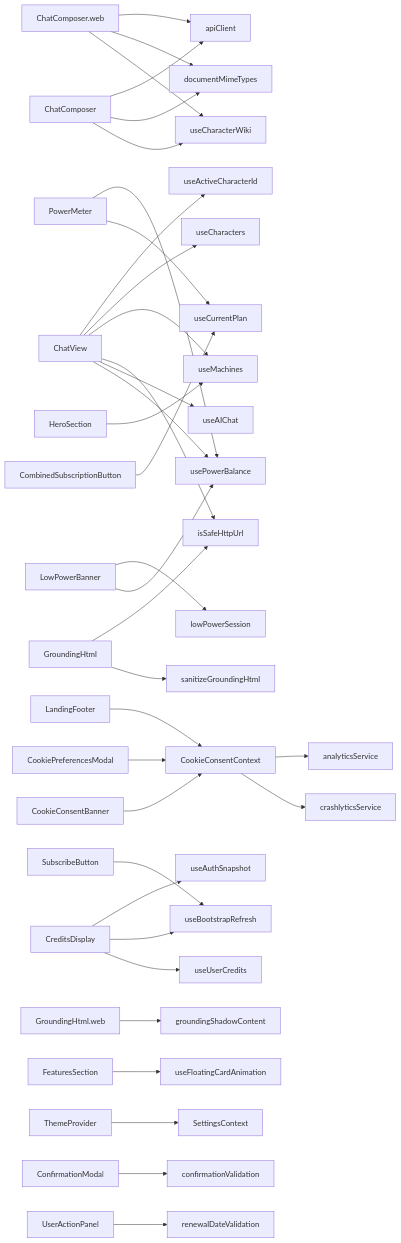
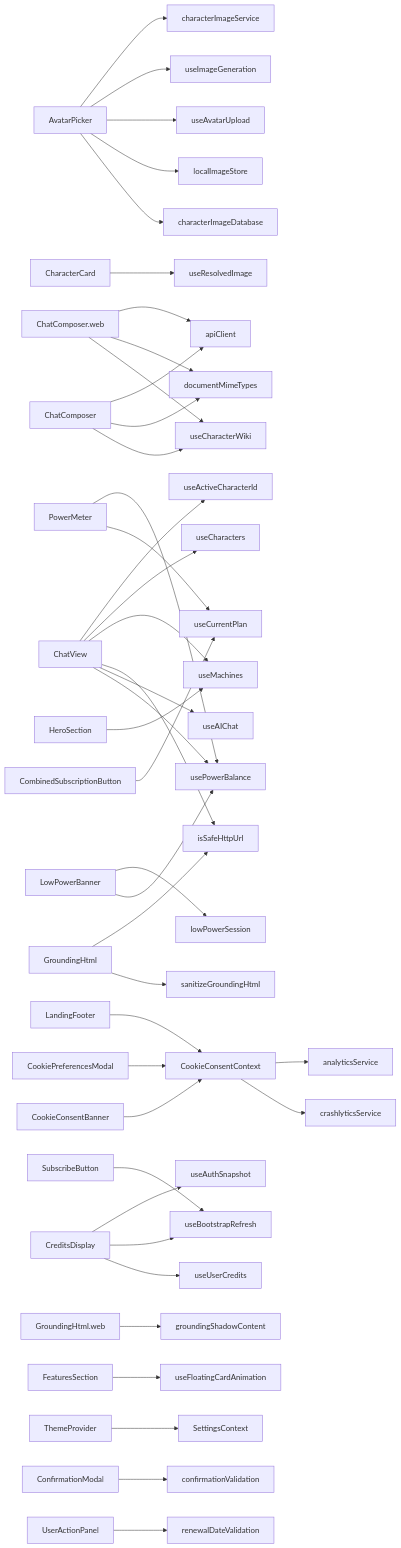
Before and after one commit to equationalapplications/clanker: the diagram in docs/flowcharts/COMPONENTS.md, drawn with Mermaid. The commit also changed 4 other files, not shown here.

Commit message:
docs: regenerate architecture flowcharts

````diff
--- a/docs/flowcharts/COMPONENTS.md
+++ b/docs/flowcharts/COMPONENTS.md
@@ -4,37 +4,43 @@
 ```mermaid
 graph LR
+  AvatarPicker --> characterImageDatabase
+  AvatarPicker --> localImageStore
+  AvatarPicker --> useAvatarUpload
+  AvatarPicker --> useImageGeneration
+  AvatarPicker --> characterImageService
+  CharacterCard --> useResolvedImage
   ChatComposer --> useCharacterWiki
   ChatComposer --> documentMimeTypes
   ChatComposer --> apiClient
   ChatComposer.web --> useCharacterWiki
   ChatComposer.web --> documentMimeTypes
   ChatComposer.web --> apiClient
   ChatView --> usePowerBalance
   ChatView --> useAIChat
   ChatView --> isSafeHttpUrl
   ChatView --> useMachines
   ChatView --> useCharacters
   ChatView --> useActiveCharacterId
   CombinedSubscriptionButton --> useCurrentPlan
   CookieConsentBanner --> CookieConsentContext
   CookieConsentContext --> crashlyticsService
   CookieConsentContext --> analyticsService
   CookiePreferencesModal --> CookieConsentContext
   CreditsDisplay --> useUserCredits
   CreditsDisplay --> useBootstrapRefresh
   CreditsDisplay --> useAuthSnapshot
   GroundingHtml --> sanitizeGroundingHtml
   GroundingHtml --> isSafeHttpUrl
   GroundingHtml.web --> groundingShadowContent
   FeaturesSection --> useFloatingCardAnimation
   HeroSection --> useMachines
   LandingFooter --> CookieConsentContext
   LowPowerBanner --> usePowerBalance
   LowPowerBanner --> lowPowerSession
   PowerMeter --> useCurrentPlan
   PowerMeter --> usePowerBalance
   SubscribeButton --> useBootstrapRefresh
   ThemeProvider --> SettingsContext
   ConfirmationModal --> confirmationValidation
   UserActionPanel --> renewalDateValidation
 ```
````
